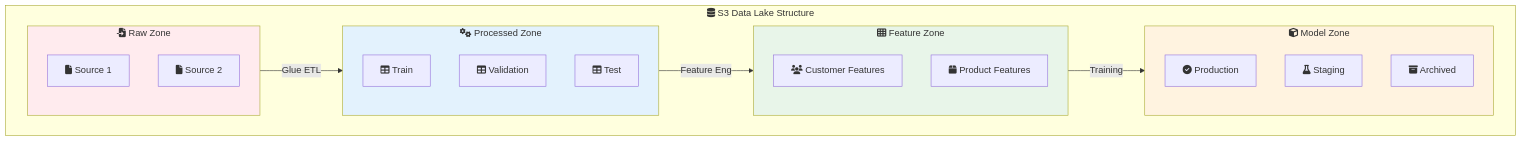
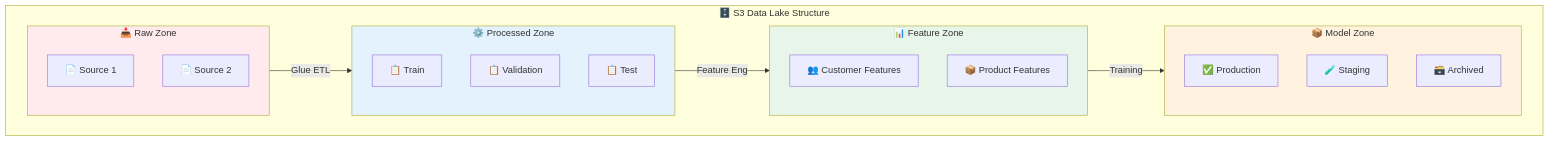
Before and after one commit to vinu76jsr/aws-sample-projects: the first of 3 diagrams in aws-ml-associate-prep/02-s3-data-lake/LAB.md, drawn with Mermaid. The commit also changed other lines of this file and 15 other files, not shown here.

First line of the commit message:
docs(ml-labs): Replace emoji shortcodes with Unicode emojis in Mermaid diagrams

````diff
--- a/aws-ml-associate-prep/02-s3-data-lake/LAB.md
+++ b/aws-ml-associate-prep/02-s3-data-lake/LAB.md
@@ -14,35 +14,35 @@
 ```mermaid
 flowchart TB
-    subgraph DataLake["fa:fa-database S3 Data Lake Structure"]
-        subgraph Raw["fa:fa-file-import Raw Zone"]
-            R1[fa:fa-file Source 1]
-            R2[fa:fa-file Source 2]
+    subgraph DataLake["🗄️ S3 Data Lake Structure"]
+        subgraph Raw["📥 Raw Zone"]
+            R1[📄 Source 1]
+            R2[📄 Source 2]
         end
 
-        subgraph Processed["fa:fa-cogs Processed Zone"]
-            P1[fa:fa-table Train]
-            P2[fa:fa-table Validation]
-            P3[fa:fa-table Test]
+        subgraph Processed["⚙️ Processed Zone"]
+            P1[📋 Train]
+            P2[📋 Validation]
+            P3[📋 Test]
         end
 
-        subgraph Features["fa:fa-th Feature Zone"]
-            F1[fa:fa-users Customer Features]
-            F2[fa:fa-box Product Features]
+        subgraph Features["📊 Feature Zone"]
+            F1[👥 Customer Features]
+            F2[📦 Product Features]
         end
 
-        subgraph Models["fa:fa-cube Model Zone"]
-            M1[fa:fa-check-circle Production]
-            M2[fa:fa-flask Staging]
-            M3[fa:fa-archive Archived]
+        subgraph Models["📦 Model Zone"]
+            M1[✅ Production]
+            M2[🧪 Staging]
+            M3[🗃️ Archived]
         end
     end
 
     Raw --> |Glue ETL| Processed
     Processed --> |Feature Eng| Features
     Features --> |Training| Models
 
     style Raw fill:#ffebee
     style Processed fill:#e3f2fd
     style Features fill:#e8f5e9
     style Models fill:#fff3e0
 ```
````
